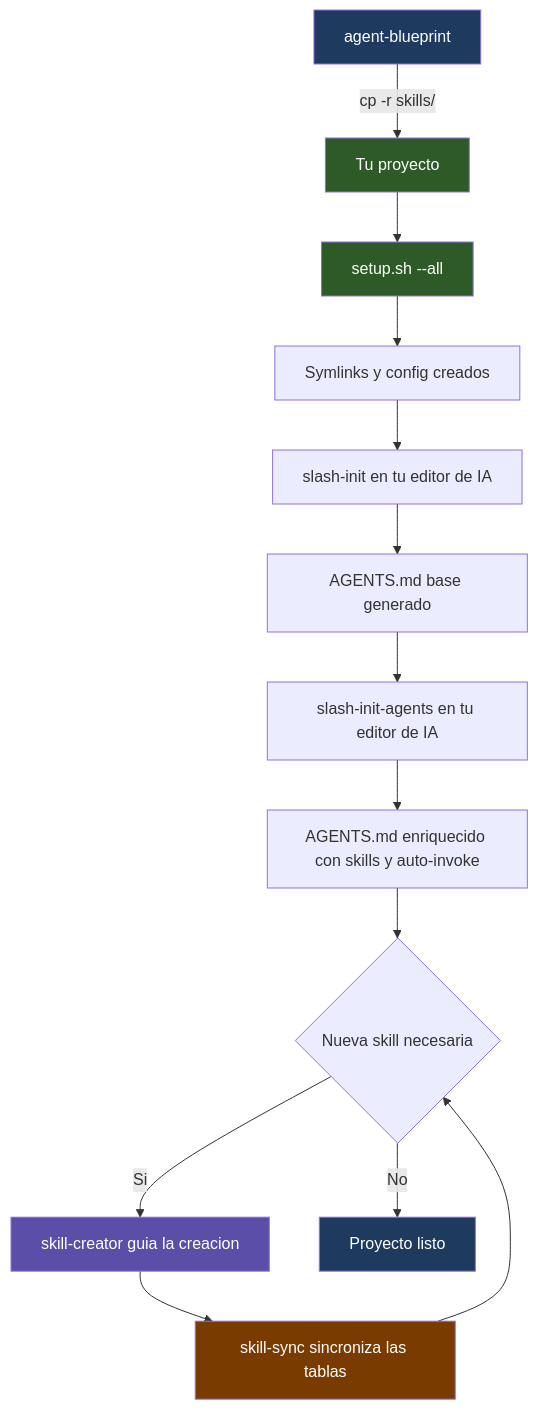
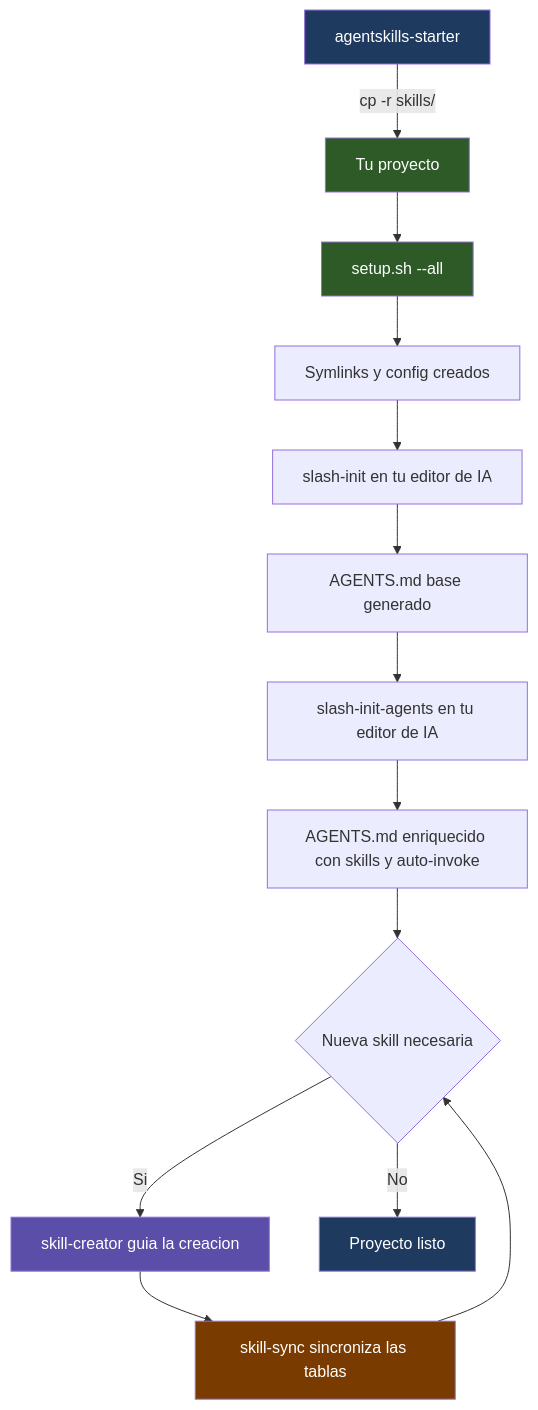
Before and after one commit to DavDaz/agentskills-starter: the first of 3 diagrams in README.md, drawn with Mermaid. The commit also changed other lines of this file and 2 other files, not shown here.

````diff
--- a/README.md
+++ b/README.md
@@ -10,26 +10,26 @@
 ```mermaid
 flowchart TD
-    A[agent-blueprint] -->|cp -r skills/| B[Tu proyecto]
+    A[agentskills-starter] -->|cp -r skills/| B[Tu proyecto]
 
     B --> C[setup.sh --all]
     C --> D[Symlinks y config creados]
 
     D --> E["slash-init en tu editor de IA"]
     E --> F[AGENTS.md base generado]
 
     F --> G["slash-init-agents en tu editor de IA"]
     G --> H[AGENTS.md enriquecido con skills y auto-invoke]
 
     H --> I{Nueva skill necesaria}
     I -- Si --> J[skill-creator guia la creacion]
     J --> K[skill-sync sincroniza las tablas]
     K --> I
     I -- No --> L[Proyecto listo]
 
     style A fill:#1e3a5f,color:#fff
     style B fill:#2d5a27,color:#fff
     style C fill:#2d5a27,color:#fff
     style J fill:#5b4ea8,color:#fff
     style K fill:#7a3b00,color:#fff
     style L fill:#1e3a5f,color:#fff
 ```
````
